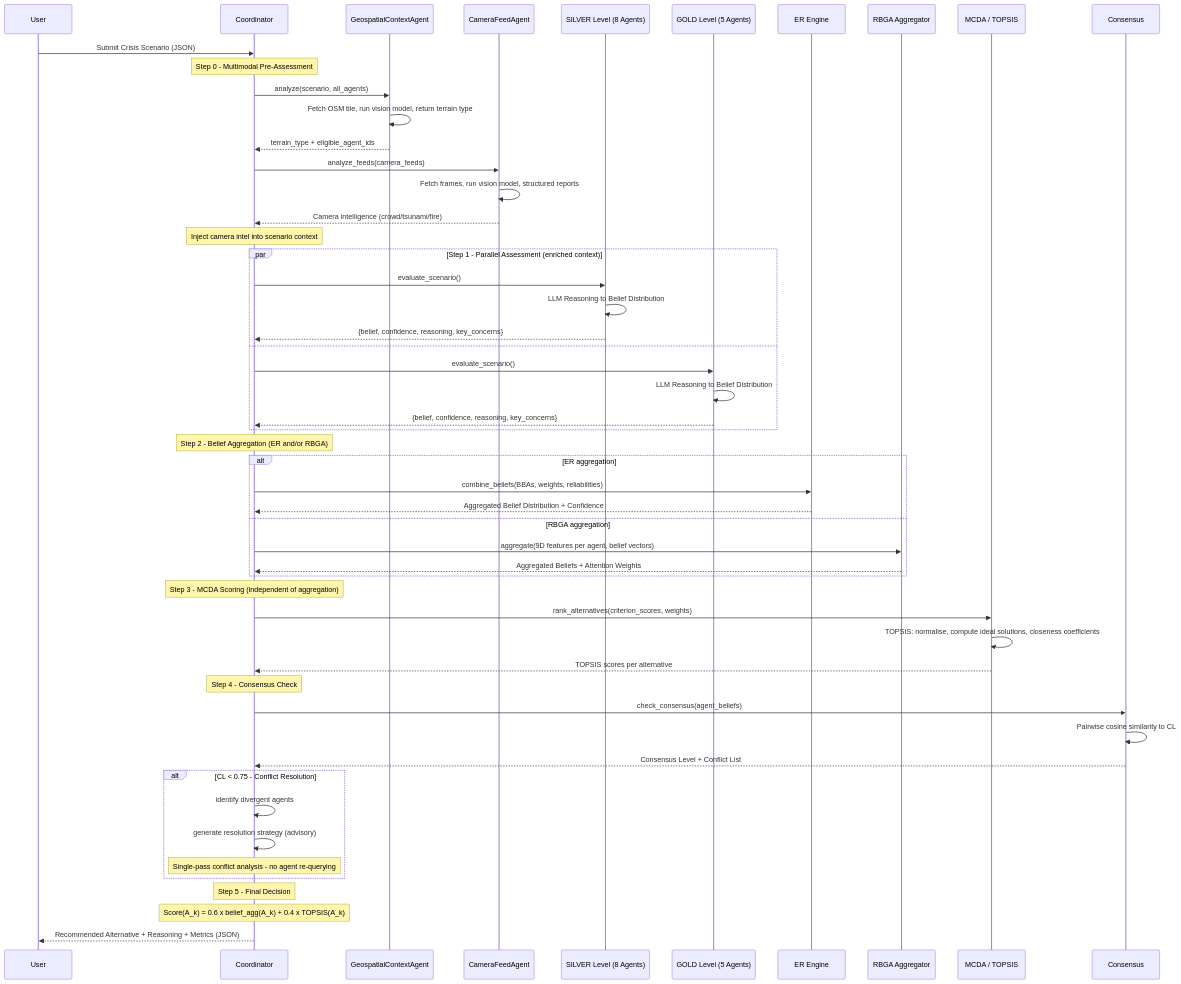
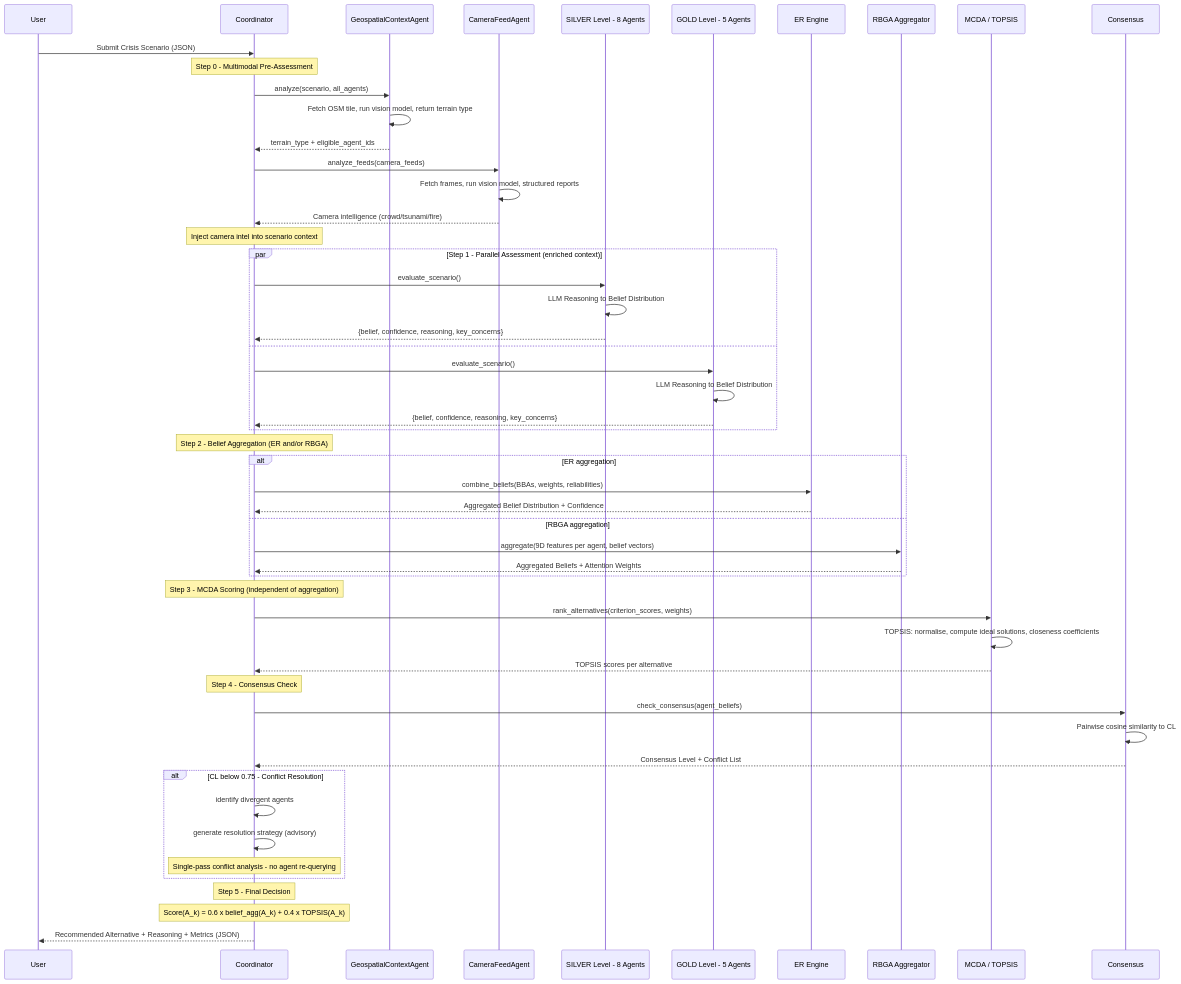
The sixth of 7 diagrams in academic_journal_draft_long version.md (kerbgr/crisis_mas_poc), drawn with Mermaid before and after one commit. The commit also changed other lines of this file and 7 other files, not shown here.

````diff
--- a/academic_journal_draft_long version.md
+++ b/academic_journal_draft_long version.md
@@ -420,69 +401,55 @@
 ```mermaid
 sequenceDiagram
     participant User
     participant Coordinator
     participant Geo as GeospatialContextAgent
     participant Cam as CameraFeedAgent
-    participant Silver as SILVER Level (8 Agents)
-    participant Gold as GOLD Level (5 Agents)
+    participant Silver as SILVER Level - 8 Agents
+    participant Gold as GOLD Level - 5 Agents
     participant ER as ER Engine
     participant GAT as RBGA Aggregator
     participant MCDA as MCDA / TOPSIS
     participant Consensus
-
     User->>Coordinator: Submit Crisis Scenario (JSON)
-
     Note over Coordinator: Step 0 - Multimodal Pre-Assessment
-
     Coordinator->>Geo: analyze(scenario, all_agents)
     Geo->>Geo: Fetch OSM tile, run vision model, return terrain type
     Geo-->>Coordinator: terrain_type + eligible_agent_ids
-
     Coordinator->>Cam: analyze_feeds(camera_feeds)
     Cam->>Cam: Fetch frames, run vision model, structured reports
     Cam-->>Coordinator: Camera intelligence (crowd/tsunami/fire)
     Note over Coordinator: Inject camera intel into scenario context
-
     par Step 1 - Parallel Assessment (enriched context)
         Coordinator->>Silver: evaluate_scenario()
         Silver->>Silver: LLM Reasoning to Belief Distribution
         Silver-->>Coordinator: {belief, confidence, reasoning, key_concerns}
     and
         Coordinator->>Gold: evaluate_scenario()
         Gold->>Gold: LLM Reasoning to Belief Distribution
         Gold-->>Coordinator: {belief, confidence, reasoning, key_concerns}
     end
-
     Note over Coordinator: Step 2 - Belief Aggregation (ER and/or RBGA)
-
     alt ER aggregation
         Coordinator->>ER: combine_beliefs(BBAs, weights, reliabilities)
         ER-->>Coordinator: Aggregated Belief Distribution + Confidence
     else RBGA aggregation
         Coordinator->>GAT: aggregate(9D features per agent, belief vectors)
         GAT-->>Coordinator: Aggregated Beliefs + Attention Weights
     end
-
     Note over Coordinator: Step 3 - MCDA Scoring (independent of aggregation)
-
     Coordinator->>MCDA: rank_alternatives(criterion_scores, weights)
     MCDA->>MCDA: TOPSIS: normalise, compute ideal solutions, closeness coefficients
     MCDA-->>Coordinator: TOPSIS scores per alternative
-
     Note over Coordinator: Step 4 - Consensus Check
-
     Coordinator->>Consensus: check_consensus(agent_beliefs)
     Consensus->>Consensus: Pairwise cosine similarity to CL
     Consensus-->>Coordinator: Consensus Level + Conflict List
-
-    alt CL < 0.75 - Conflict Resolution
+    alt CL below 0.75 - Conflict Resolution
         Coordinator->>Coordinator: identify divergent agents
         Coordinator->>Coordinator: generate resolution strategy (advisory)
         Note over Coordinator: Single-pass conflict analysis - no agent re-querying
     end
-
     Note over Coordinator: Step 5 - Final Decision
     Note over Coordinator: Score(A_k) = 0.6 x belief_agg(A_k) + 0.4 x TOPSIS(A_k)
-
     Coordinator-->>User: Recommended Alternative + Reasoning + Metrics (JSON)
 ```
````
